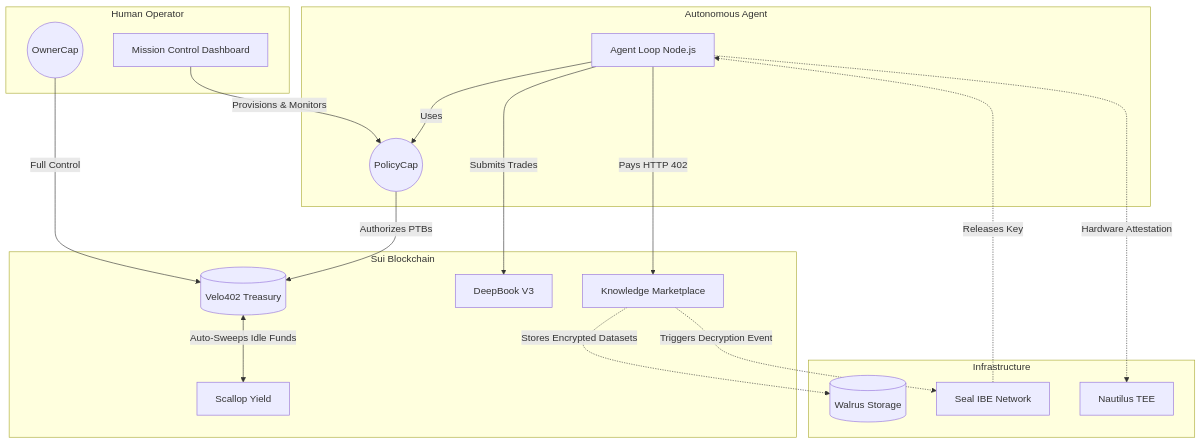
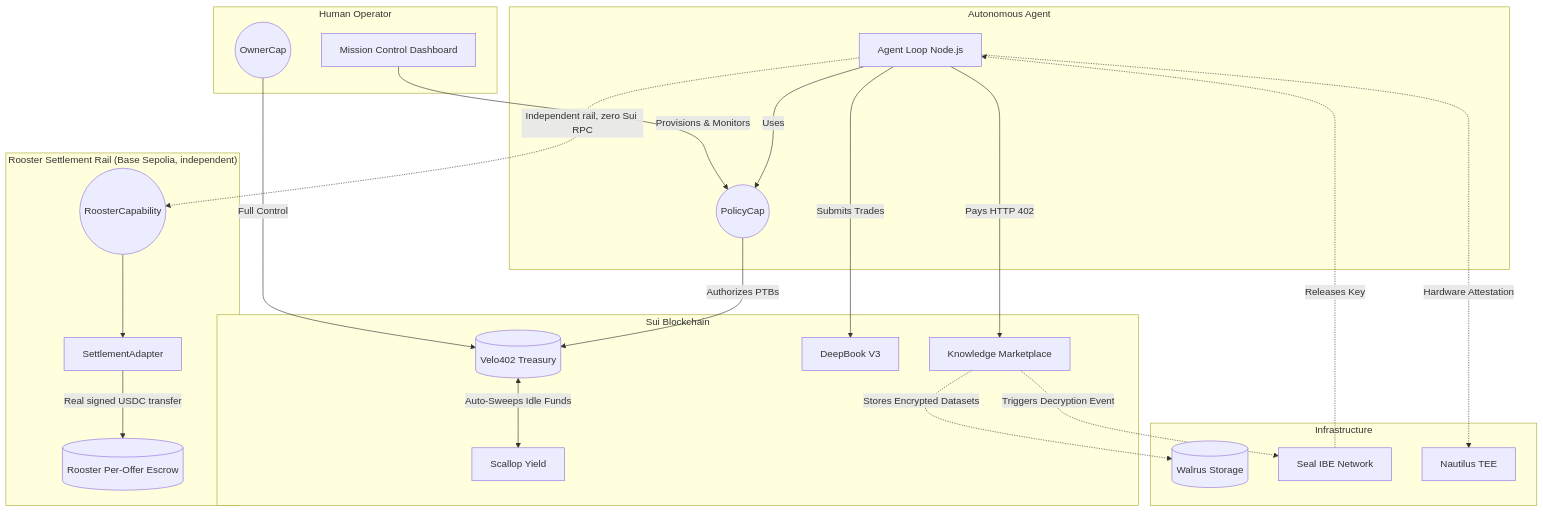
One commit to Lakshmikanth-3/velo402 changed the first of 4 diagrams in README.md. Above: the diagram before and after it, drawn with Mermaid. The commit also changed other lines of this file, not shown here.

````diff
--- a/README.md
+++ b/README.md
@@ -37,41 +37,51 @@
 ```mermaid
 graph TD
     subgraph Human Operator
         A[Mission Control Dashboard]
         B((OwnerCap))
     end
 
     subgraph Autonomous Agent
         C[Agent Loop Node.js]
         D((PolicyCap))
     end
 
     subgraph Sui Blockchain
         E[(Velo402 Treasury)]
         F[DeepBook V3]
         G[Scallop Yield]
         H[Knowledge Marketplace]
     end
 
     subgraph Infrastructure
         I[(Walrus Storage)]
         J[Seal IBE Network]
         K[Nautilus TEE]
     end
 
+    subgraph "Rooster Settlement Rail (Base Sepolia, independent)"
+        L((RoosterCapability))
+        M[SettlementAdapter]
+        N[(Rooster Per-Offer Escrow)]
+    end
+
     A -->|Provisions & Monitors| D
     B -->|Full Control| E
     C -->|Uses| D
     D -->|Authorizes PTBs| E
     
     E <-->|Auto-Sweeps Idle Funds| G
     
     C -->|Pays HTTP 402| H
     C -->|Submits Trades| F
     
     H -.->|Stores Encrypted Datasets| I
     H -.->|Triggers Decryption Event| J
     J -.->|Releases Key| C
     
     C -.->|Hardware Attestation| K
+
+    C -.->|"Independent rail, zero Sui RPC"| L
+    L --> M
+    M -->|Real signed USDC transfer| N
 ```
````
